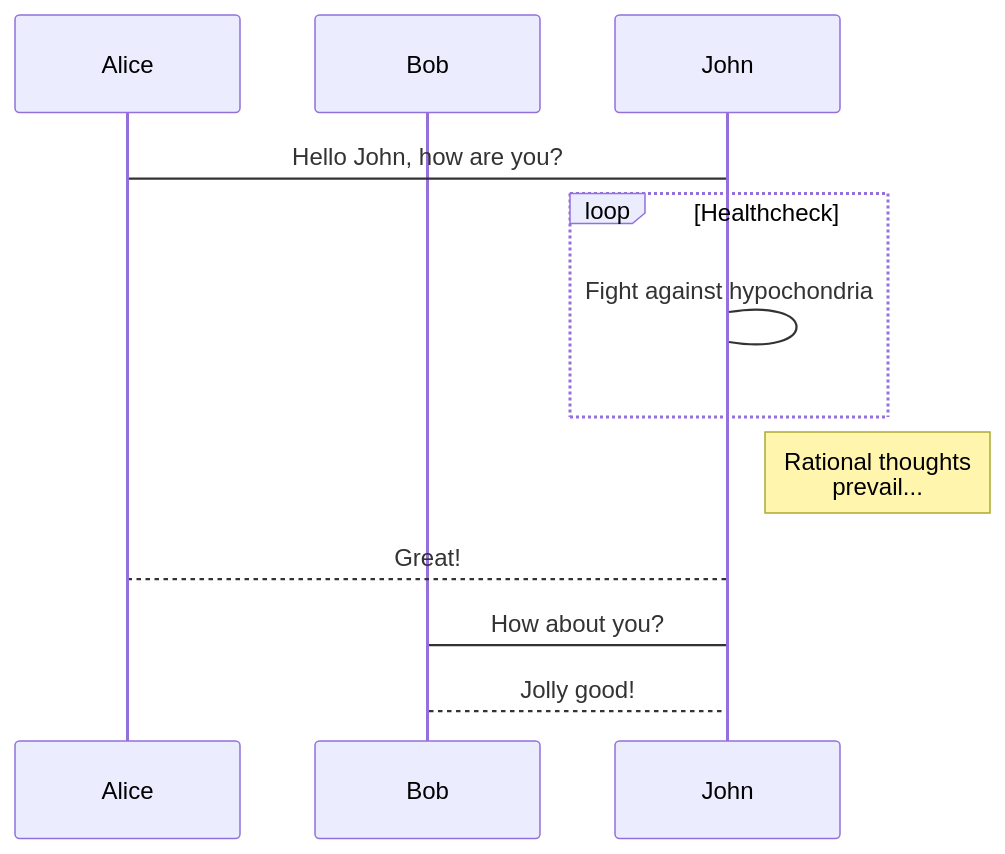
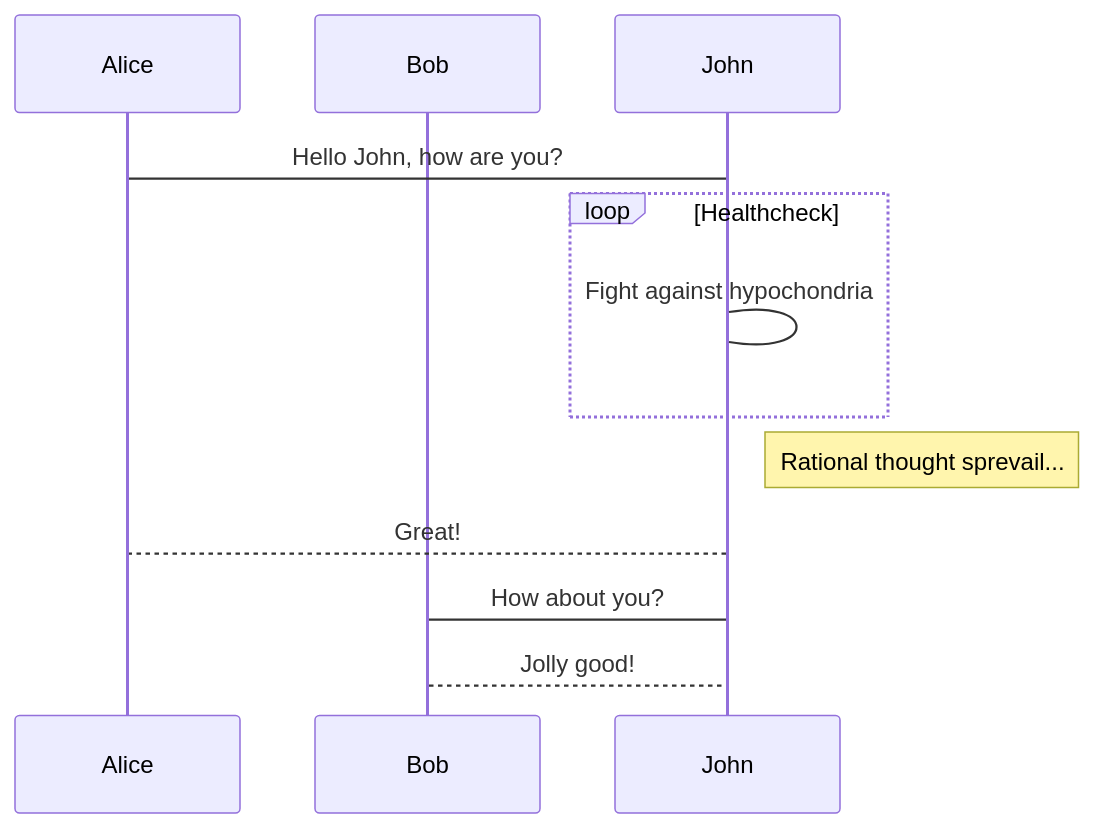
The diagram in UML/Test1.mmd (Ralph-sa/LearnCSharp), drawn with Mermaid before and after one commit.

```diff
--- a/UML/Test1.mmd
+++ b/UML/Test1.mmd
@@ -1,11 +1,11 @@
 sequenceDiagram
     participant Alice
-    participant Bob
+     participant Bob
     Alice->John: Hello John, how are you?
     loop Healthcheck
         John->John: Fight against hypochondria
     end
-    Note right of John: Rational thoughts <br/>prevail...
+    Note right of John: Rational thought sprevail...
     John-->Alice: Great!
     John->Bob: How about you?
     Bob-->John: Jolly good!
```
